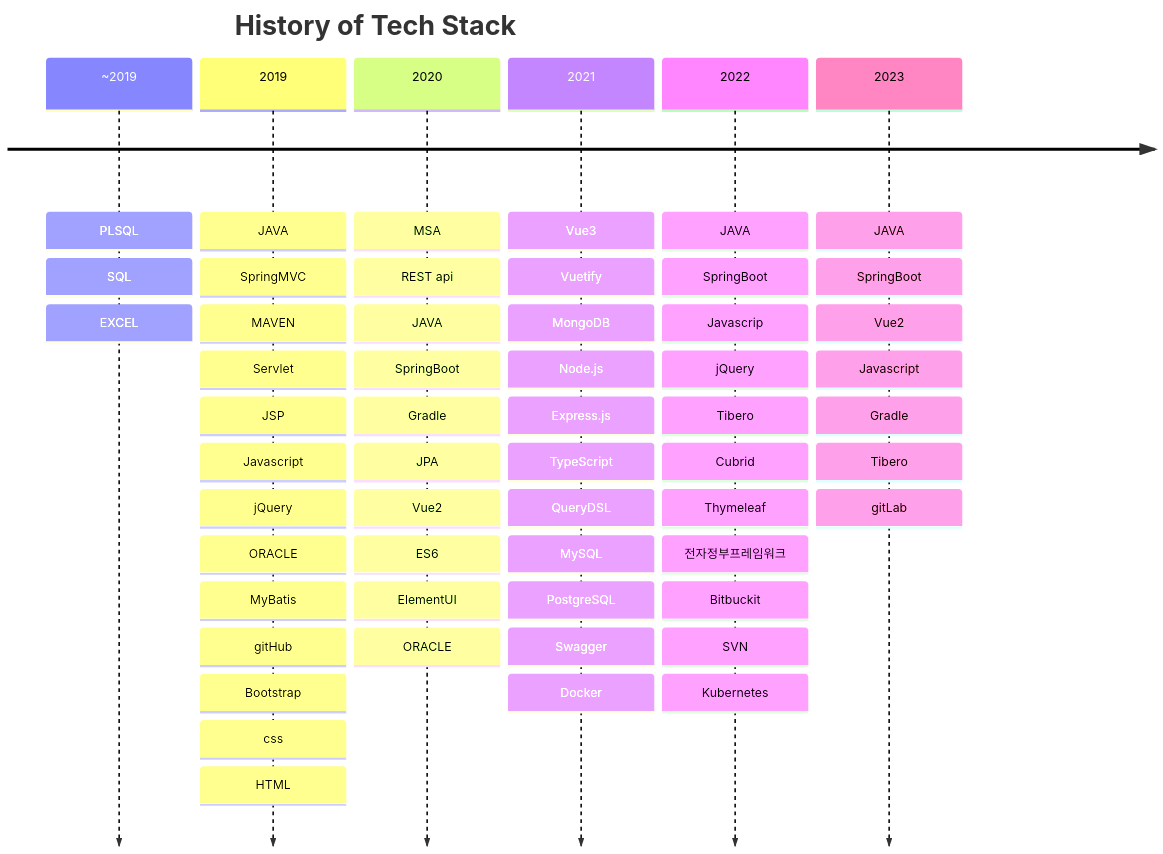
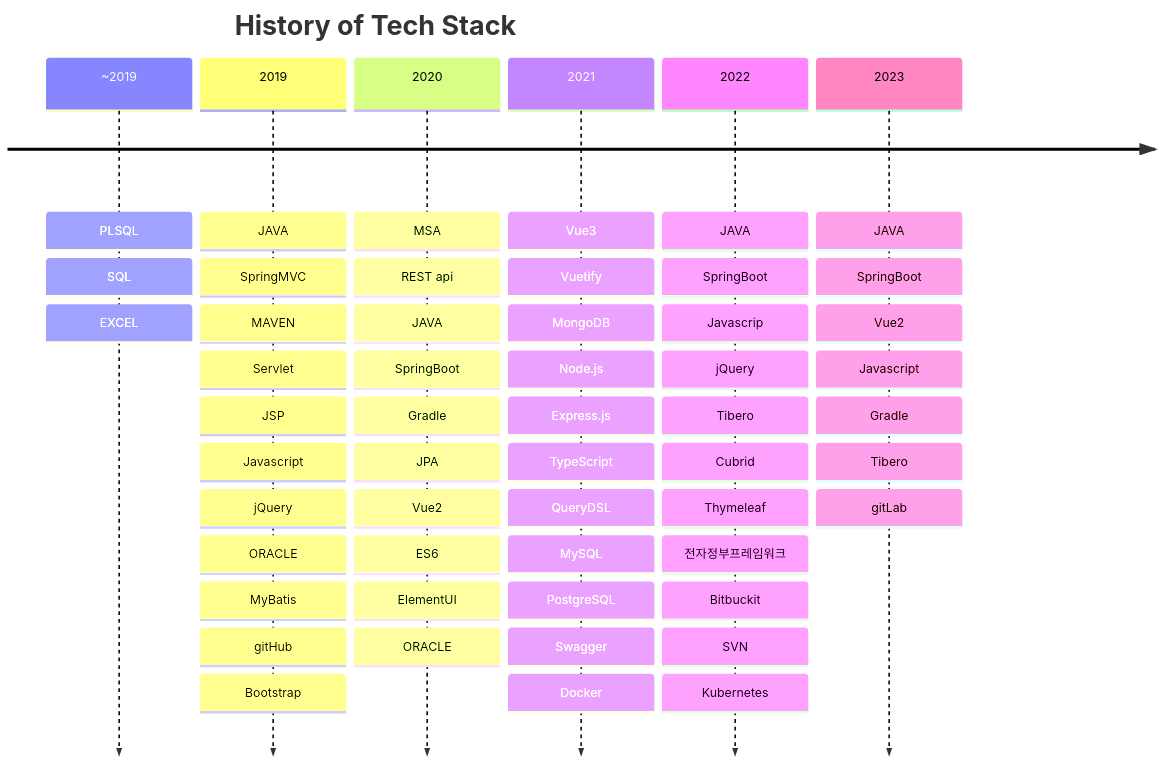
Before and after one commit to ABarthDew/ABarthDew: the diagram in README.md, drawn with Mermaid.

````diff
--- a/README.md
+++ b/README.md
@@ -6,10 +6,10 @@
 ```mermaid
 timeline
     title History of Tech Stack
     ~2019 : PLSQL : SQL : EXCEL
-    2019 : JAVA : SpringMVC : MAVEN : Servlet : JSP : Javascript : jQuery : ORACLE : MyBatis : gitHub : Bootstrap : css : HTML
+    2019 : JAVA : SpringMVC : MAVEN : Servlet : JSP : Javascript : jQuery : ORACLE : MyBatis : gitHub : Bootstrap
     2020 : MSA : REST api : JAVA : SpringBoot : Gradle : JPA : Vue2 : ES6 : ElementUI : ORACLE
     2021 : Vue3 : Vuetify : MongoDB : Node.js : Express.js : TypeScript : QueryDSL : MySQL : PostgreSQL : Swagger : Docker
     2022 : JAVA : SpringBoot : Javascrip : jQuery : Tibero : Cubrid : Thymeleaf : 전자정부프레임워크 : Bitbuckit : SVN : Kubernetes
     2023 : JAVA : SpringBoot : Vue2 : Javascript : Gradle : Tibero : gitLab
 ```
````
